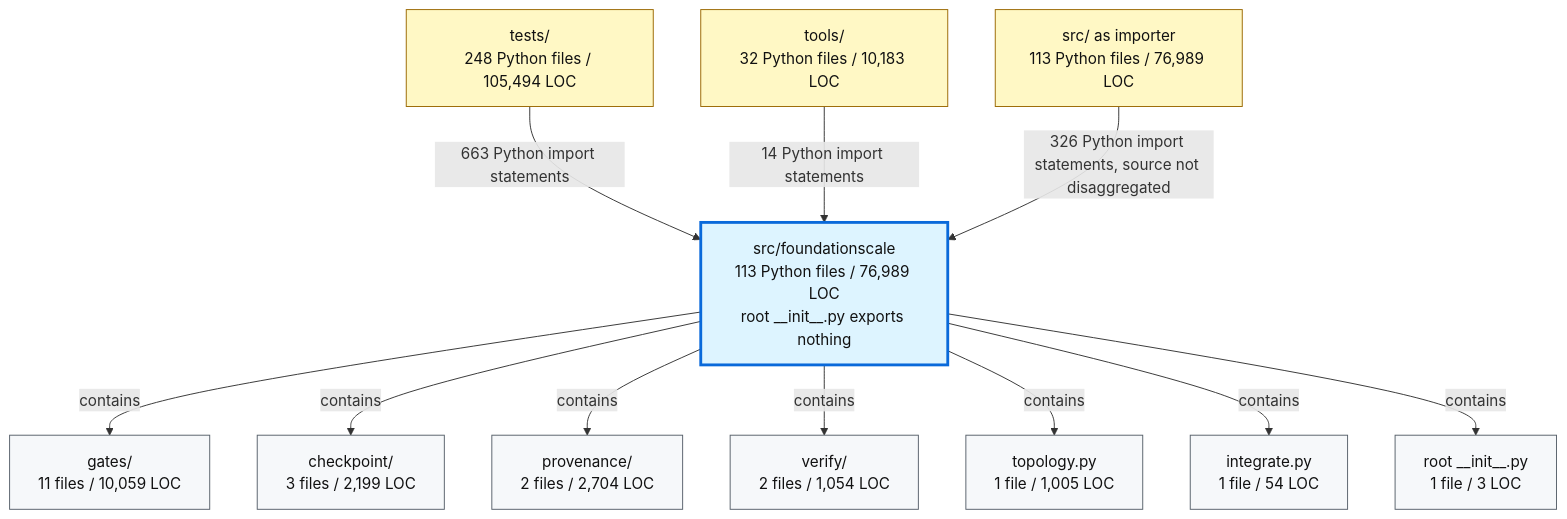
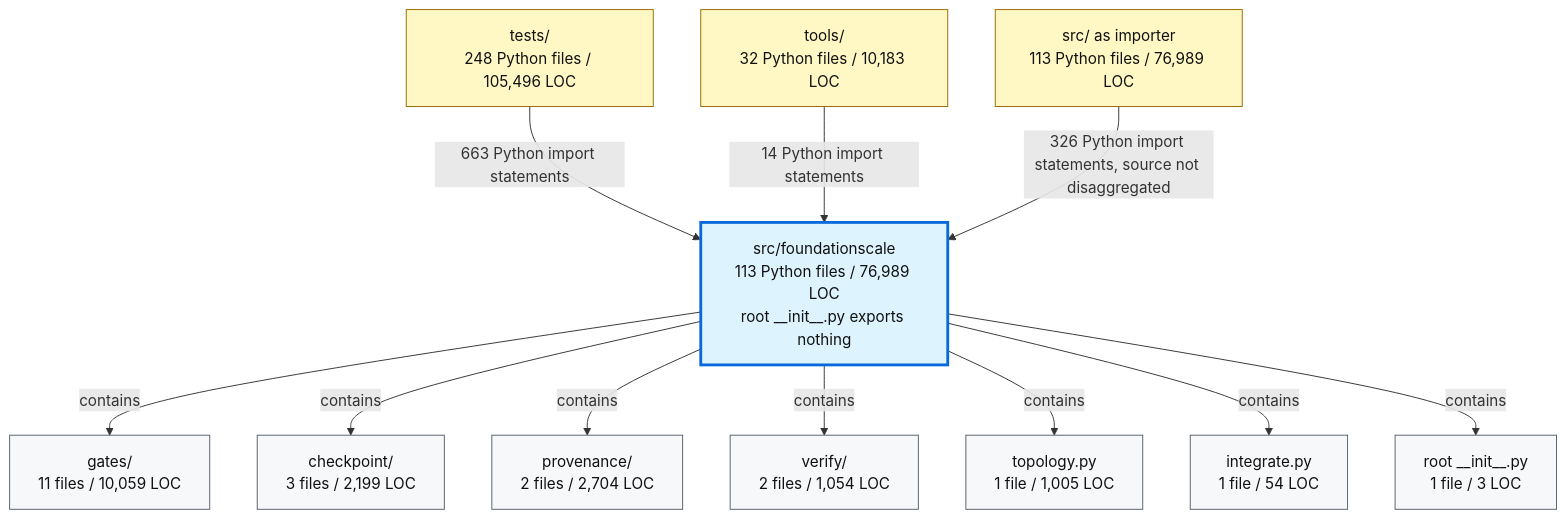
One commit to TranNhiem/FoundationScale changed the second of 2 diagrams in docs/review/D2_current_architecture.md. Above: the diagram before and after it, drawn with Mermaid. The commit also changed 7 other files, not shown here.

````diff
--- a/docs/review/D2_current_architecture.md
+++ b/docs/review/D2_current_architecture.md
@@ -97,36 +97,36 @@
 ```mermaid
 flowchart TB
-  TESTS["tests/<br/>248 Python files / 105,494 LOC"]
+  TESTS["tests/<br/>248 Python files / 105,496 LOC"]
   TOOLS["tools/<br/>32 Python files / 10,183 LOC"]
   SRC["src/ as importer<br/>113 Python files / 76,989 LOC"]
 
   FS["src/foundationscale<br/>113 Python files / 76,989 LOC<br/>root __init__.py exports nothing"]
 
   GATES["gates/<br/>11 files / 10,059 LOC"]
   CKPT["checkpoint/<br/>3 files / 2,199 LOC"]
   PROV["provenance/<br/>2 files / 2,704 LOC"]
   VERIFY["verify/<br/>2 files / 1,054 LOC"]
   TOPO["topology.py<br/>1 file / 1,005 LOC"]
   INTEG["integrate.py<br/>1 file / 54 LOC"]
   ROOT["root __init__.py<br/>1 file / 3 LOC"]
 
   TESTS -->|"663 Python import statements"| FS
   TOOLS -->|"14 Python import statements"| FS
   SRC -->|"326 Python import statements, source not disaggregated"| FS
 
   FS -->|"contains"| GATES
   FS -->|"contains"| CKPT
   FS -->|"contains"| PROV
   FS -->|"contains"| VERIFY
   FS -->|"contains"| TOPO
   FS -->|"contains"| INTEG
   FS -->|"contains"| ROOT
 
   classDef consumer fill:#fff8c5,stroke:#9a6700,color:#111;
   classDef package fill:#ddf4ff,stroke:#0969da,stroke-width:3px,color:#111;
   classDef module fill:#f6f8fa,stroke:#57606a,color:#111;
 
   class TESTS,TOOLS,SRC consumer;
   class FS package;
   class GATES,CKPT,PROV,VERIFY,TOPO,INTEG,ROOT module;
 ```
````
